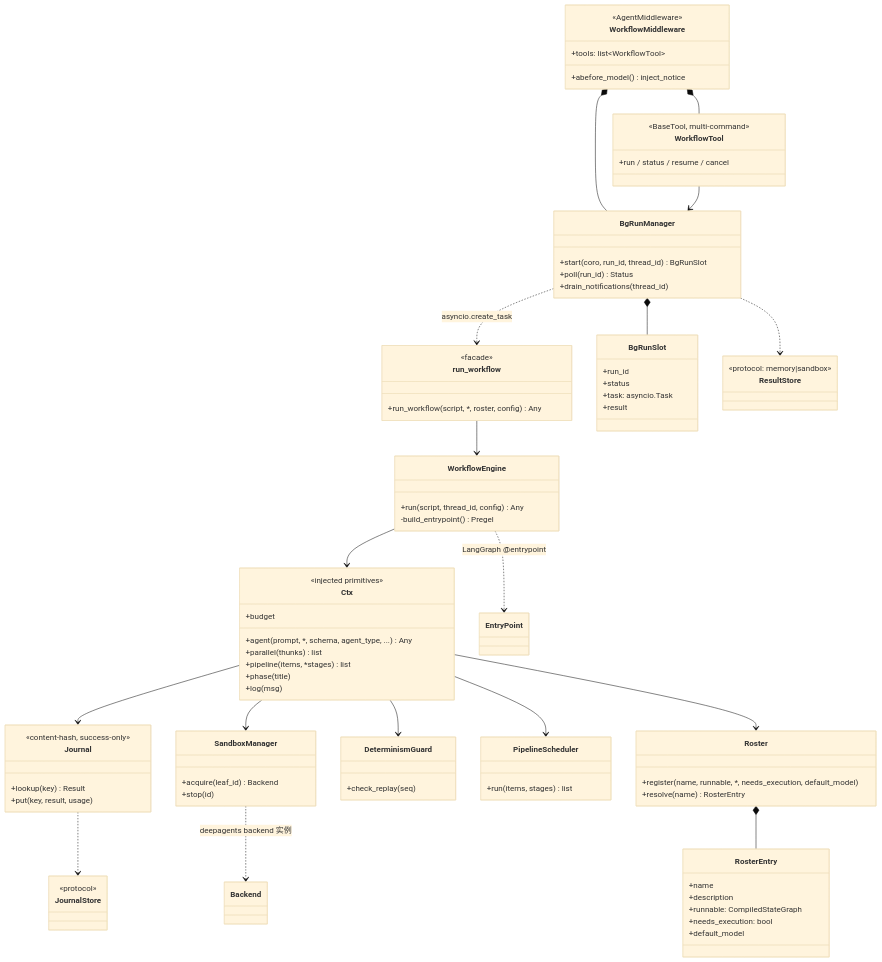
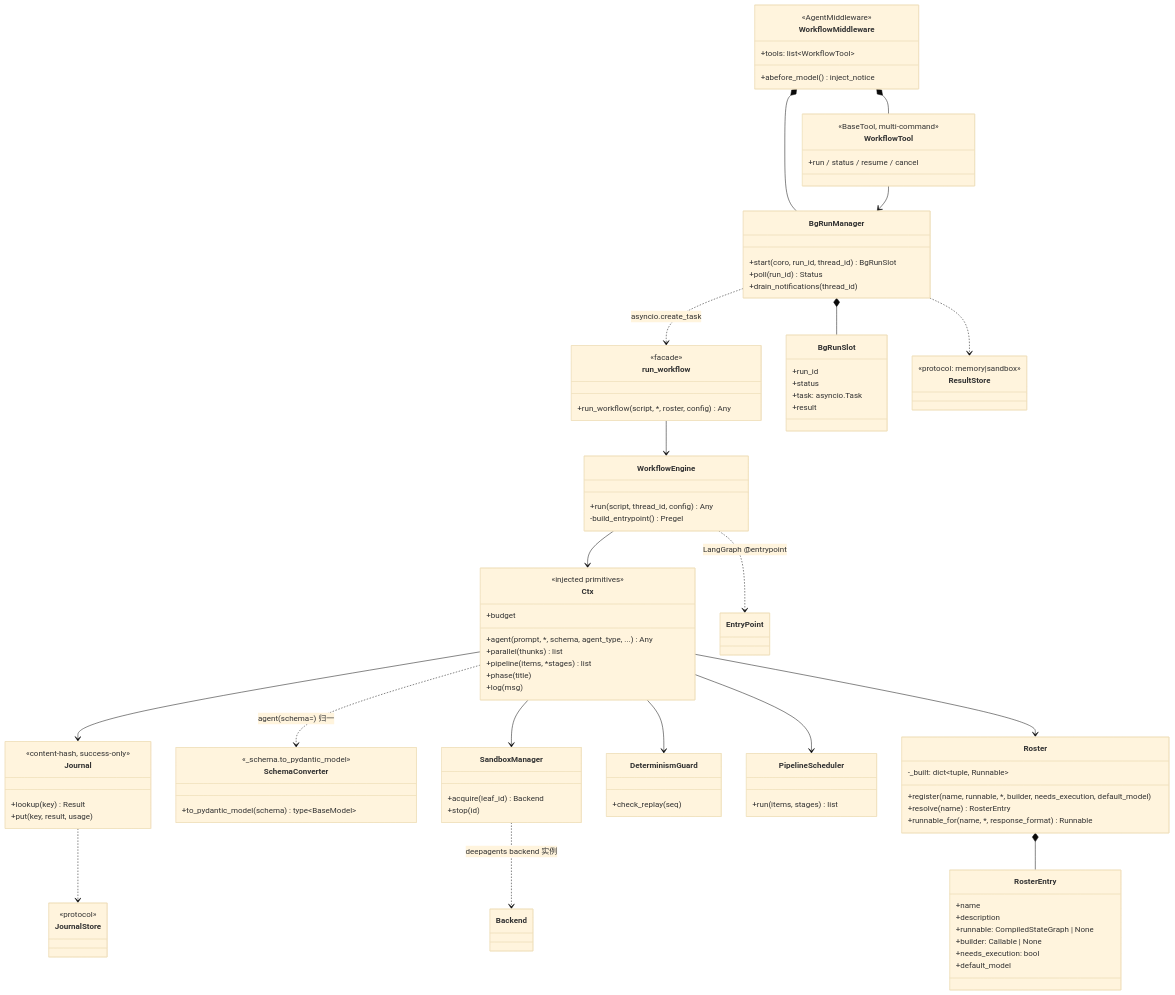
The diagram in design_docs/uml/02-class.md (nemori-ai/langchain-dynamic-workflow), drawn with Mermaid (base theme) before and after one commit. The commit also changed other lines of this file and 32 other files, not shown here.

First line of the commit message:
feat(runtime): agent(schema=) structured output (G1) + v0.2.0 plans (#1)

```diff
--- a/design_docs/uml/02-class.md
+++ b/design_docs/uml/02-class.md
@@ -20,15 +20,22 @@
     +budget
   }
   class Roster {
-    +register(name, runnable, *, needs_execution, default_model)
+    -_built: dict~tuple, Runnable~
+    +register(name, runnable, *, builder, needs_execution, default_model)
     +resolve(name) RosterEntry
+    +runnable_for(name, *, response_format) Runnable
   }
   class RosterEntry {
     +name
     +description
-    +runnable: CompiledStateGraph
+    +runnable: CompiledStateGraph | None
+    +builder: Callable | None
     +needs_execution: bool
     +default_model
+  }
+  class SchemaConverter {
+    <<_schema.to_pydantic_model>>
+    +to_pydantic_model(schema) type~BaseModel~
   }
   class Journal {
     <<content-hash, success-only>>
@@ -72,6 +79,7 @@
   Ctx --> PipelineScheduler
   Ctx --> SandboxManager
   Ctx --> Roster
+  Ctx ..> SchemaConverter : agent(schema=) 归一
   Journal ..> JournalStore
   Roster *-- RosterEntry
   SandboxManager ..> Backend : deepagents backend 实例
```
